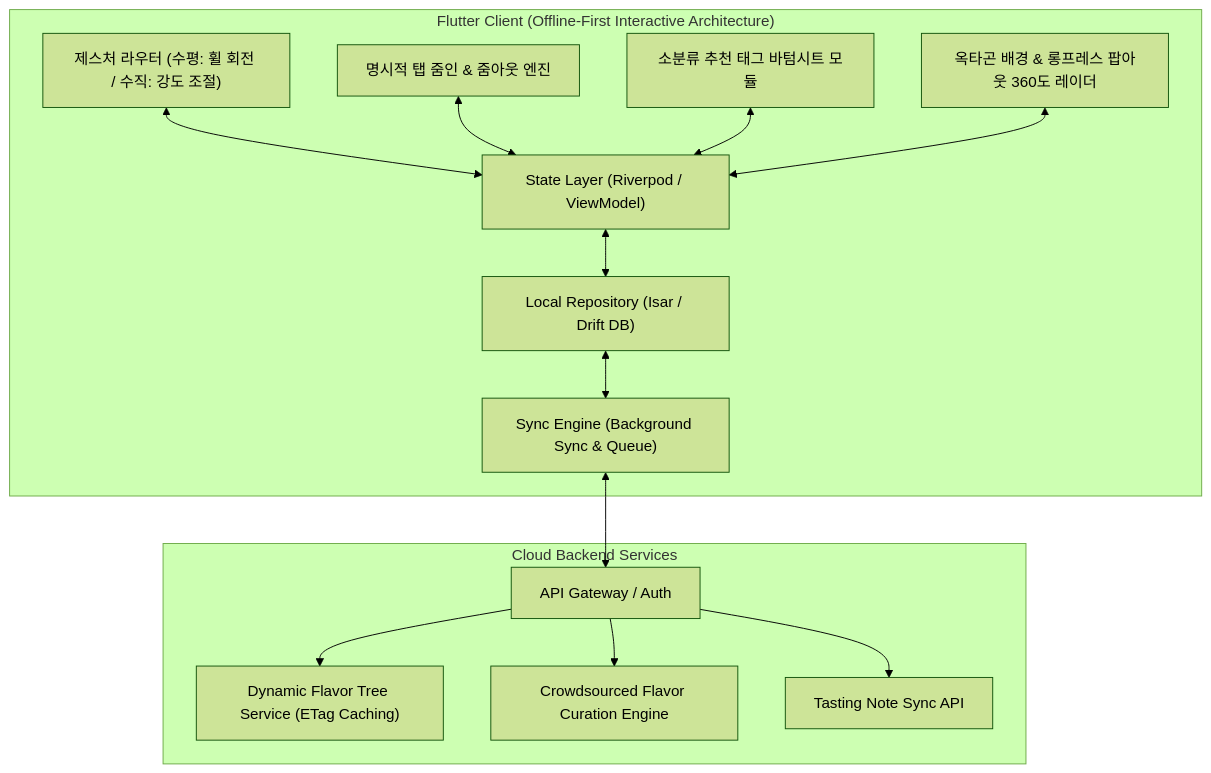
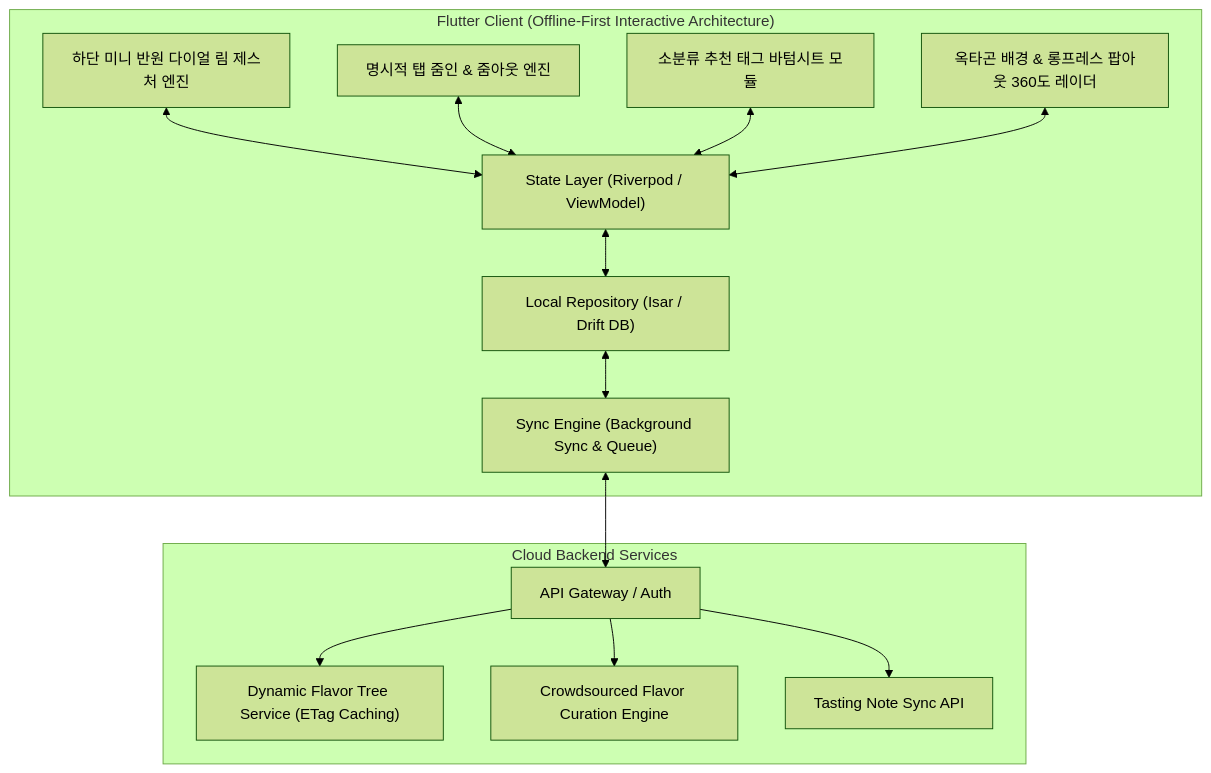
The diagram in README.md (chanhooop/FlavorWheel), drawn with Mermaid (forest theme) before and after one commit. The commit also changed other lines of this file and 1 other file, not shown here.

Commit message:
feat: 소분류 확대 상태 하단 중앙에 같은 비율의 미니 반원 회전 다이얼 림 컨트롤러 구현

````diff
--- a/README.md
+++ b/README.md
@@ -80,32 +74,32 @@
 ```mermaid
 graph TB
     subgraph Client ["Flutter Client (Offline-First Interactive Architecture)"]
-        GestureRouter["제스처 라우터 (수평: 휠 회전 / 수직: 강도 조절)"]
+        MiniDialEngine["하단 미니 반원 다이얼 림 제스처 엔진"]
         TapZoomEngine["명시적 탭 줌인 & 줌아웃 엔진"]
         TagSheetEngine["소분류 추천 태그 바텀시트 모듈"]
         OctagonRadarEngine["옥타곤 배경 & 롱프레스 팝아웃 360도 레이더"]
 
         State["State Layer (Riverpod / ViewModel)"]
         SyncEngine["Sync Engine (Background Sync & Queue)"]
         LocalRepository["Local Repository (Isar / Drift DB)"]
 
-        GestureRouter <--> State
+        MiniDialEngine <--> State
         TapZoomEngine <--> State
         TagSheetEngine <--> State
         OctagonRadarEngine <--> State
         State <--> LocalRepository
         LocalRepository <--> SyncEngine
     end
 
     subgraph RemoteBackend ["Cloud Backend Services"]
         Gateway["API Gateway / Auth"]
         TreeService["Dynamic Flavor Tree Service (ETag Caching)"]
         CurationService["Crowdsourced Flavor Curation Engine"]
         NoteService["Tasting Note Sync API"]
     end
 
     SyncEngine <--> Gateway
     Gateway --> TreeService
     Gateway --> CurationService
     Gateway --> NoteService
 ```
````
